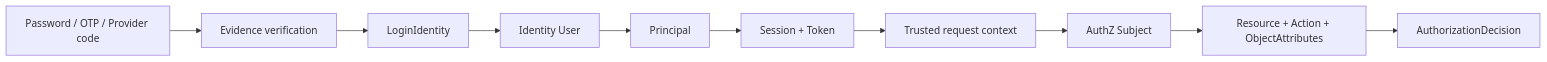
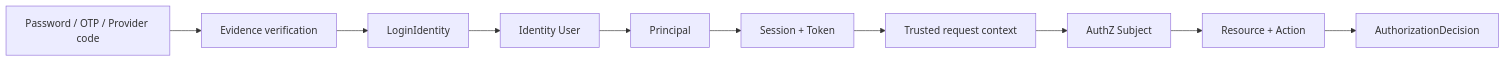
The diagram in docs/00-概览/06-跨模块统一模型.md (FangcunMount/iam-contracts), drawn with Mermaid before and after one commit. The commit also changed other lines of this file and 162 other files, not shown here.

````diff
--- a/docs/00-概览/06-跨模块统一模型.md
+++ b/docs/00-概览/06-跨模块统一模型.md
@@ -102,12 +102,12 @@
 ```mermaid
 flowchart LR
     P["Password / OTP / Provider code"] --> E["Evidence verification"]
     E --> LI["LoginIdentity"]
     LI --> U["Identity User"]
     U --> PR["Principal"]
     PR --> SESS["Session + Token"]
     SESS --> CTX["Trusted request context"]
     CTX --> SUB["AuthZ Subject"]
-    SUB --> REQ["Resource + Action + ObjectAttributes"]
+    SUB --> REQ["Resource + Action"]
     REQ --> DEC["AuthorizationDecision"]
 ```
````
